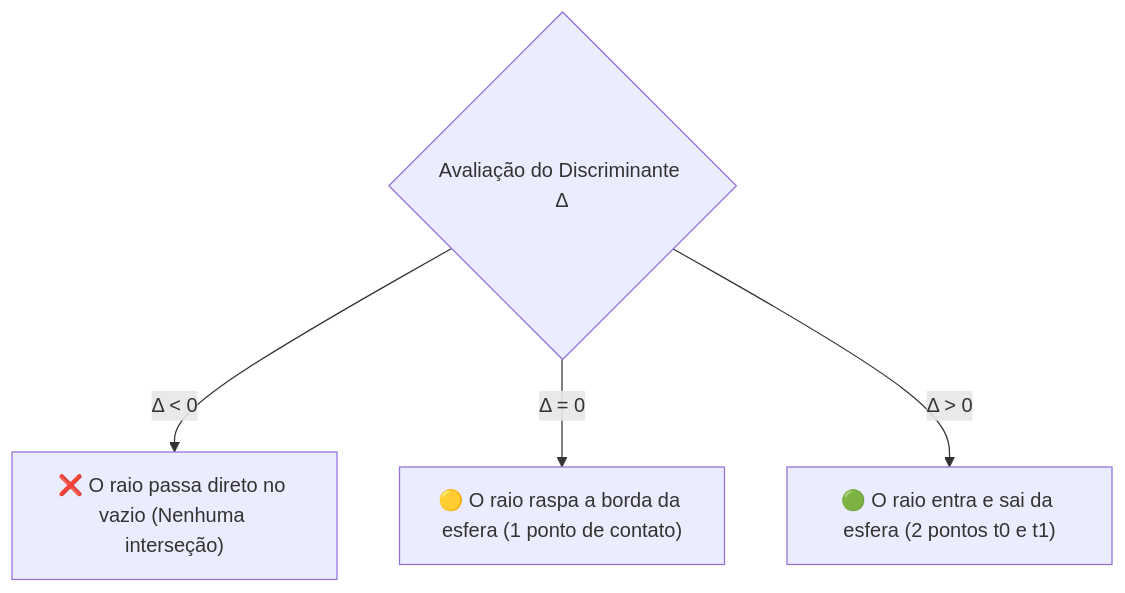
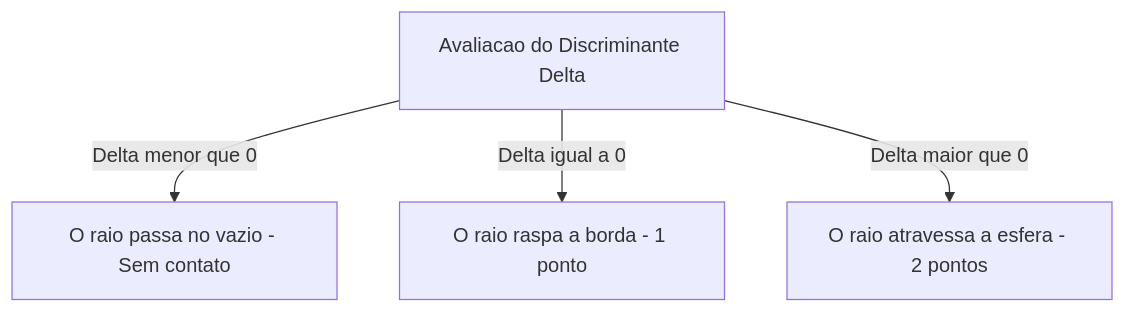
Before and after one commit to Gabriel-Freitas-S/CGPDI.StudyLab: the diagram in docs/src/content/docs/raytracing/intersecao-e-geometria.md, drawn with Mermaid. The commit also changed other lines of this file and 35 other files, not shown here.

Commit message:
docs: aprimorar linguagem didatica e suporte nativo a diagramas Mermaid

````diff
--- a/docs/src/content/docs/raytracing/intersecao-e-geometria.md
+++ b/docs/src/content/docs/raytracing/intersecao-e-geometria.md
@@ -48,7 +24,7 @@
 ```mermaid
 graph TD
-    Delta{"Avaliação do Discriminante Δ"}
-    Delta -->|Δ < 0| Errou["❌ O raio passa direto no vazio (Nenhuma interseção)"]
-    Delta -->|Δ = 0| Tangente["🟡 O raio raspa a borda da esfera (1 ponto de contato)"]
-    Delta -->|Δ > 0| Atravessou["🟢 O raio entra e sai da esfera (2 pontos t0 e t1)"]
+    Delta[Avaliacao do Discriminante Delta]
+    Delta -->|Delta menor que 0| Errou[O raio passa no vazio - Sem contato]
+    Delta -->|Delta igual a 0| Tangente[O raio raspa a borda - 1 ponto]
+    Delta -->|Delta maior que 0| Atravessou[O raio atravessa a esfera - 2 pontos]
 ```
````
